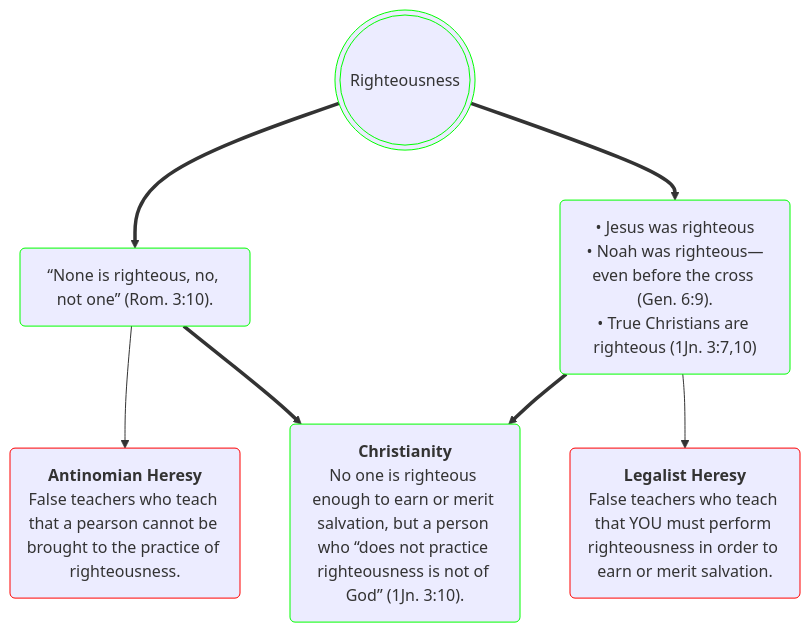
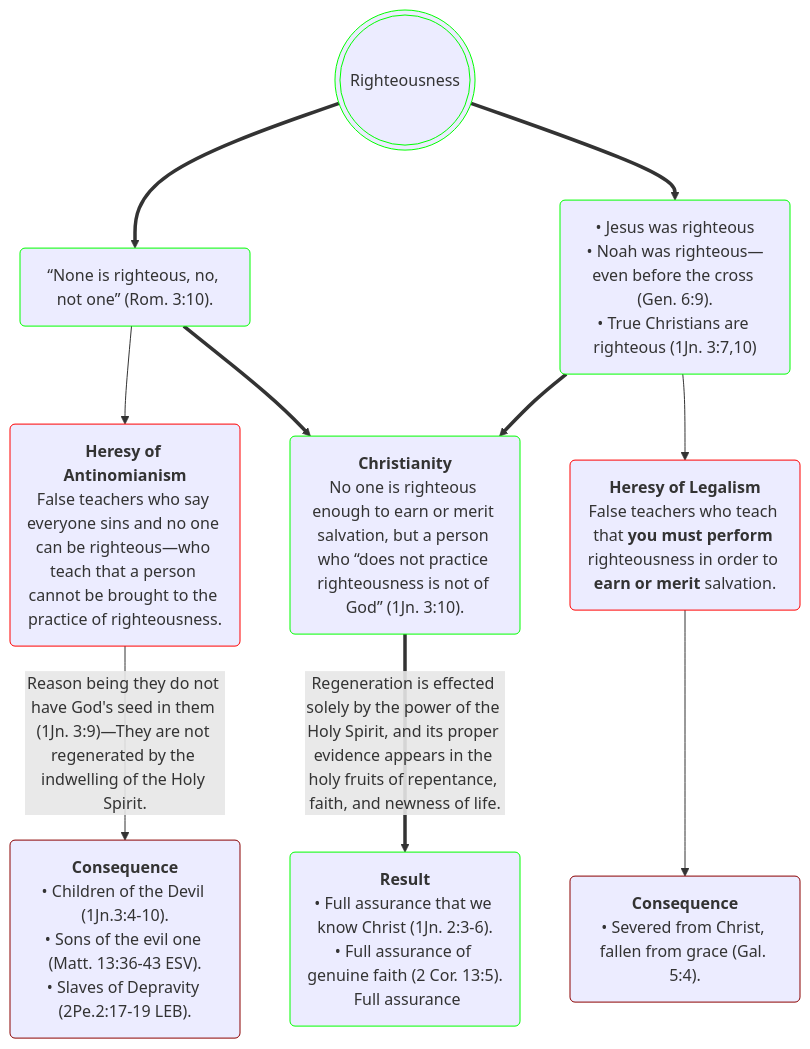
One commit to OrdoLuminis/ordoluminis.github.io changed the diagram in _posts/2026-05-23-righteousness.markdown. Above: the diagram before and after it, drawn with Mermaid. The commit also changed other lines of this file, not shown here.

Commit message:
chart update

````diff
--- a/_posts/2026-05-23-righteousness.markdown
+++ b/_posts/2026-05-23-righteousness.markdown
@@ -44,12 +46,16 @@
 ```mermaid
 flowchart TD
     A(((Righteousness))):::green
     A ==> B(&ldquo;None is righteous, no, not one&rdquo; &lpar;Rom. 3:10&rpar;.):::green
     A ==> C(&bull; Jesus was righteous<br>&bull; Noah was righteous&mdash;even before the cross &lpar;Gen. 6:9&rpar;.<br>&bull; True Christians are righteous &lpar;1Jn. 3:7,10&rpar;):::green
-    B --> D(<strong>Antinomian Heresy</strong><br>False teachers who teach that a pearson cannot be brought to the practice of righteousness.):::red
-    C --> E(<strong>Legalist Heresy</strong><br>False teachers who teach that YOU must perform righteousness in order to earn or merit salvation.):::red
+    B --> D(<strong>Heresy of Antinomianism</strong><br>False teachers who say everyone sins and no one can be righteous&mdash;who teach that a person cannot be brought to the practice of righteousness.):::red
+    C --> E(<strong>Heresy of Legalism</strong><br>False teachers who teach that <strong>you must perform</strong> righteousness in order to <strong>earn or merit</strong> salvation.):::red
     B ==> F(<strong>Christianity</strong><br>No one is righteous enough to earn or merit salvation, but a person who &ldquo;does not practice righteousness is not of God&rdquo; &lpar;1Jn. 3:10&rpar;.):::green
     C ==> F
+    D -->|Reason being they do not have God's seed in them &lpar;1Jn. 3:9&rpar;&mdash;They are not regenerated by the indwelling of the Holy Spirit.| G(<strong>Consequence</strong><br>&bull; Children of the Devil &lpar;1Jn.3:4-10&rpar;.<br>&bull; Sons of the evil one &lpar;Matt. 13:36-43 ESV&rpar;.<br>&bull; Slaves of Depravity &lpar;2Pe.2:17-19 LEB&rpar;.):::darkred
+    E --> H(<strong>Consequence</strong><br>&bull; Severed from Christ, fallen from grace &lpar;Gal. 5:4&rpar;.):::darkred
+    F ==>|Regeneration is effected solely by the power of the Holy Spirit, and its proper evidence appears in the holy fruits of repentance, faith, and newness of life.| I(<strong>Result</strong><br>&bull; Full assurance that we know Christ &lpar;1Jn. 2:3-6&rpar;.<br>&bull; Full assurance of genuine faith &lpar;2 Cor. 13:5&rpar;.<br> Full assurance ):::green
     classDef red stroke:#f00
     classDef green stroke:#0f0
+    classDef darkred stroke:#8B0000
 ```
````
